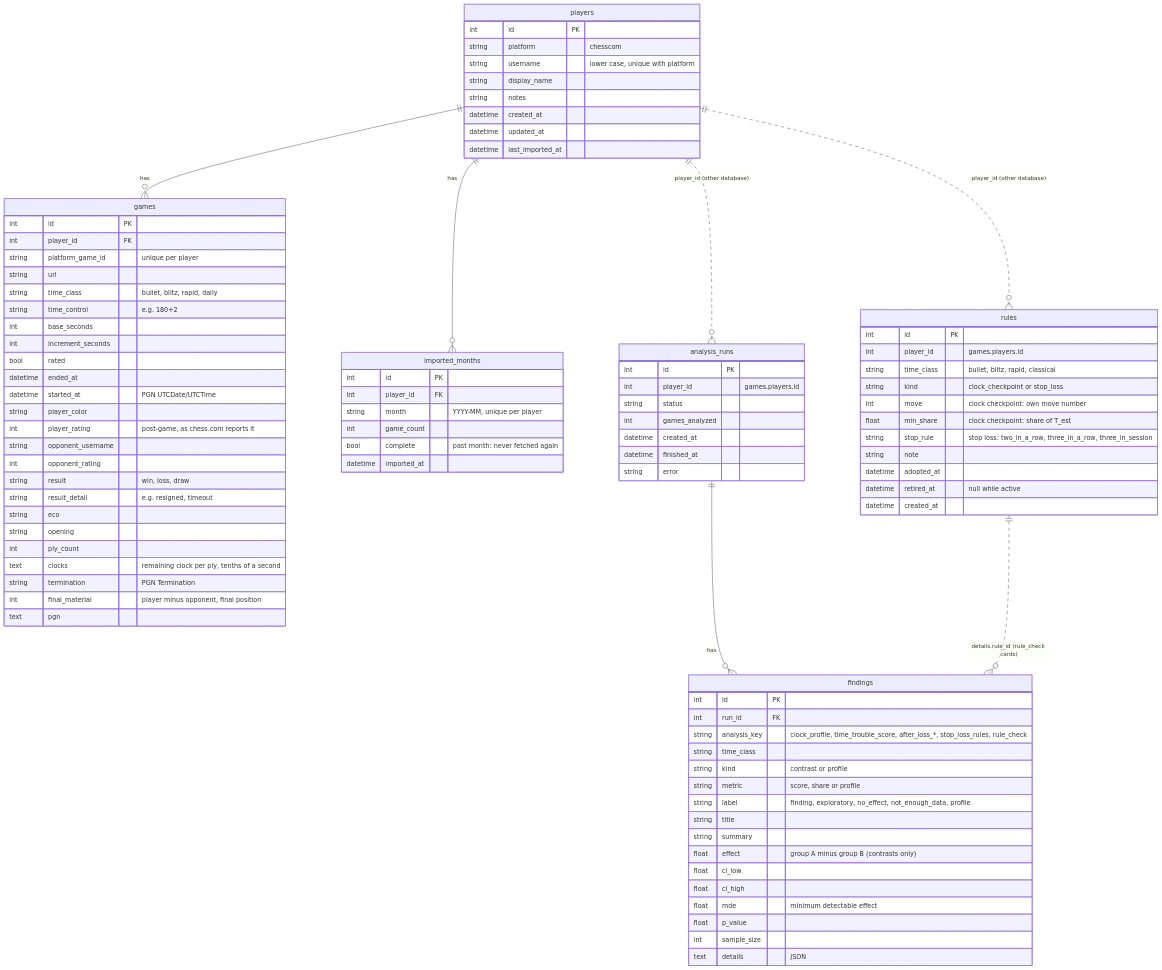
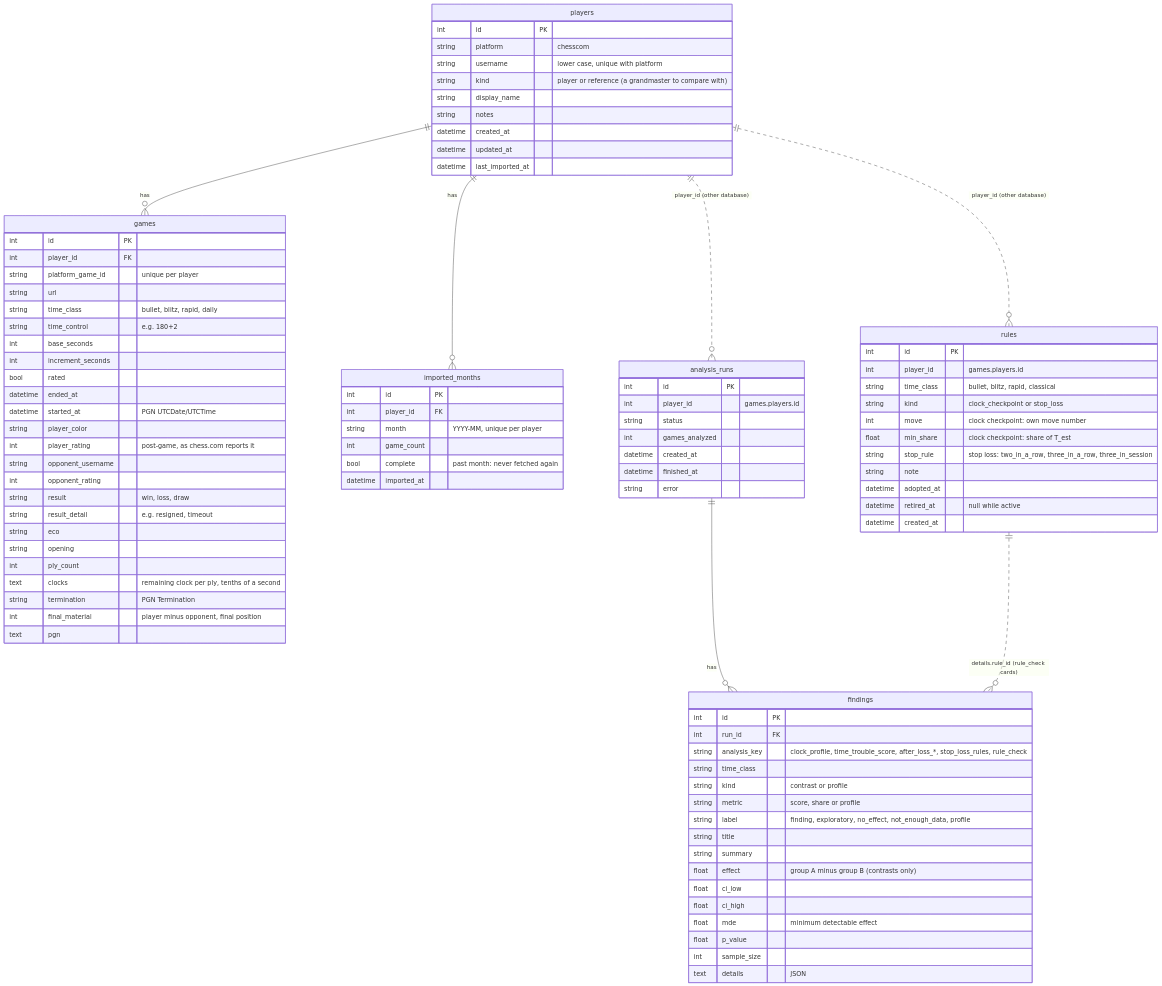
The diagram in docs/data-model.md (christophrrrrr/chess-habits), drawn with Mermaid before and after one commit. The commit also changed 28 other files, not shown here.

```diff
--- a/docs/data-model.md
+++ b/docs/data-model.md
@@ -20,6 +20,7 @@
         int id PK
         string platform "chesscom"
         string username "lower case, unique with platform"
+        string kind "player or reference (a grandmaster to compare with)"
         string display_name
         string notes
         datetime created_at
```
